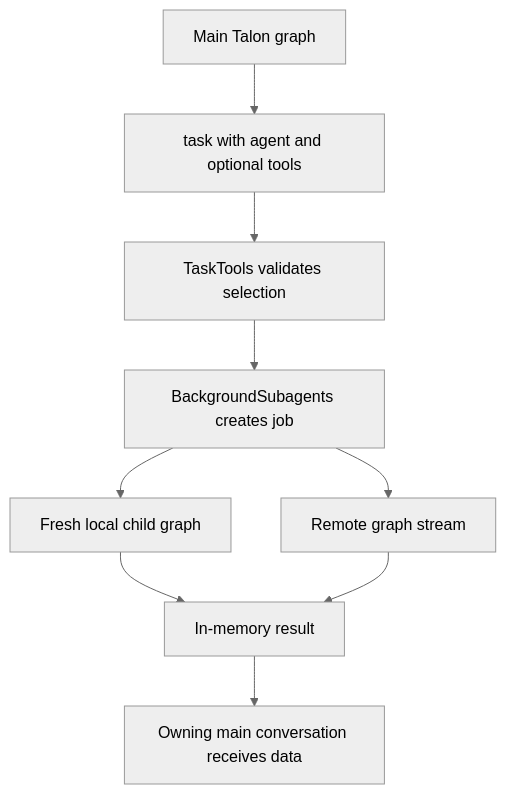
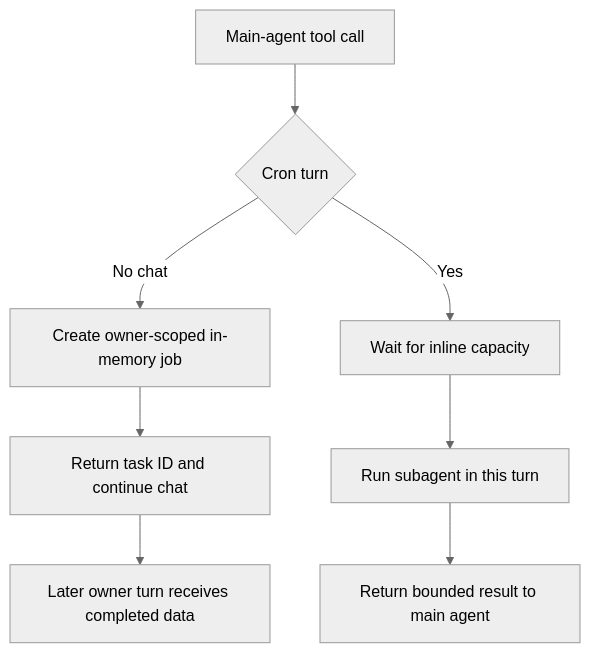
The diagram in openwiki/concepts/subagents-skills.md (langchain-ai/deepagents), drawn with Mermaid (neutral theme) before and after one commit. The commit also changed other lines of this file and 18 other files, not shown here.

````diff
--- a/openwiki/concepts/subagents-skills.md
+++ b/openwiki/concepts/subagents-skills.md
@@ -43,11 +43,10 @@
 ```mermaid
 flowchart TD
-    Parent["Main Talon graph"] --> Select["task with agent and optional tools"]
-    Select --> Boundary["TaskTools validates selection"]
-    Boundary --> Queue["BackgroundSubagents creates job"]
-    Queue --> Local["Fresh local child graph"]
-    Queue --> Remote["Remote graph stream"]
-    Local --> Result["In-memory result"]
-    Remote --> Result
-    Result --> NextTurn["Owning main conversation receives data"]
+    Turn["Main-agent tool call"] --> Kind{"Cron turn"}
+    Kind -->|No chat| Job["Create owner-scoped in-memory job"]
+    Job --> Reply["Return task ID and continue chat"]
+    Reply --> Later["Later owner turn receives completed data"]
+    Kind -->|Yes| Slot["Wait for inline capacity"]
+    Slot --> Inline["Run subagent in this turn"]
+    Inline --> Result["Return bounded result to main agent"]
 ```
````
